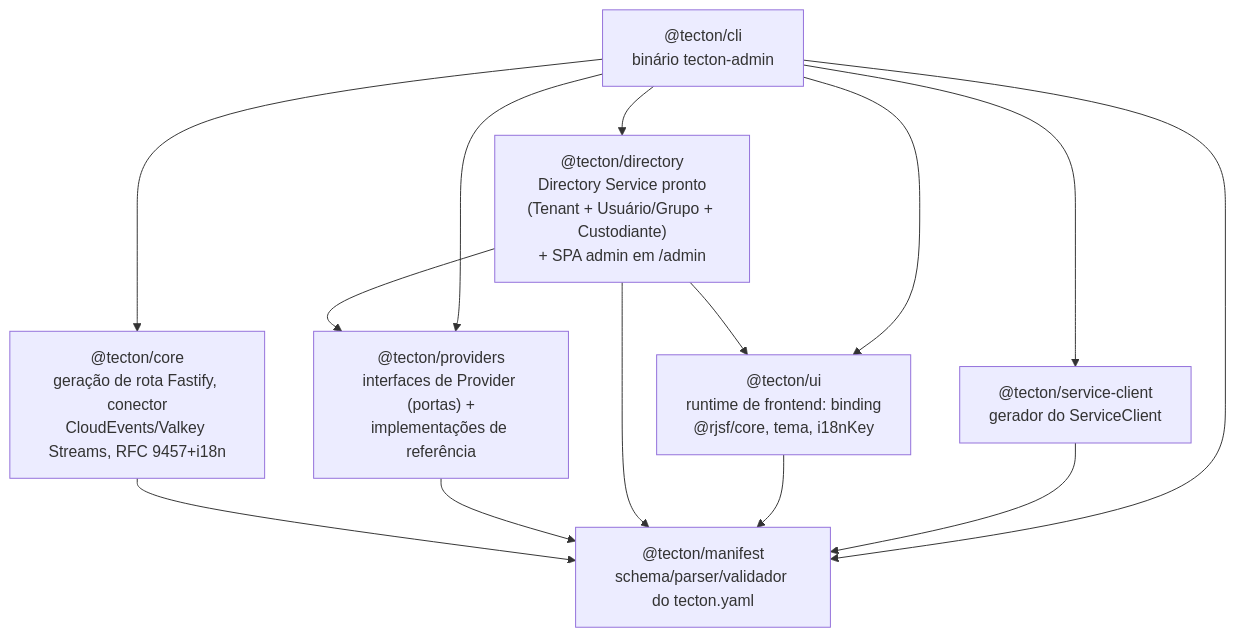
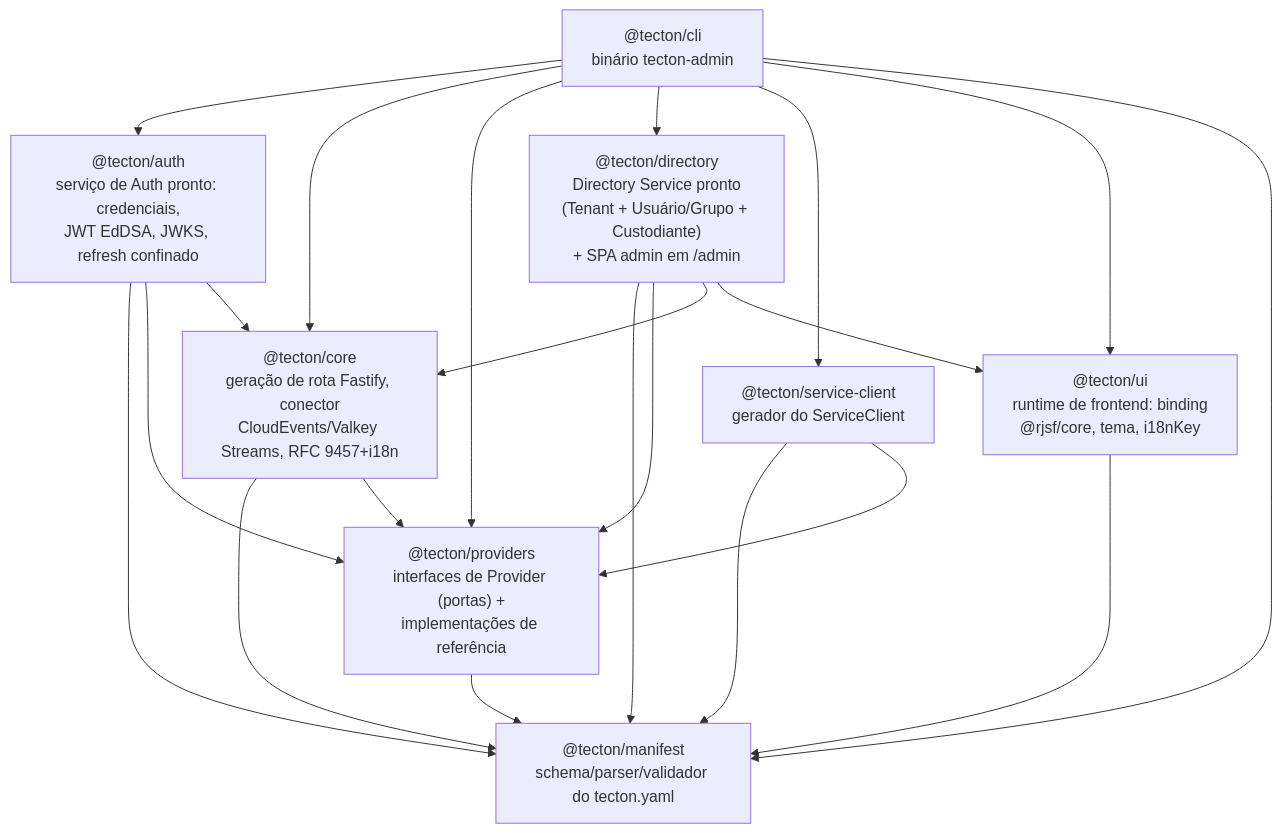
The first of 8 diagrams in _bmad-output/planning-artifacts/architecture/architecture-Tecton-2026-08-28/UML.md (rvavretchek/tecton), drawn with Mermaid before and after one commit. The commit also changed other lines of this file and 12 other files, not shown here.

````diff
--- a/_bmad-output/planning-artifacts/architecture/architecture-Tecton-2026-08-28/UML.md
+++ b/_bmad-output/planning-artifacts/architecture/architecture-Tecton-2026-08-28/UML.md
@@ -17,24 +17,32 @@
 ```mermaid
 graph TD
     manifest["@tecton/manifest<br/>schema/parser/validador do tecton.yaml"]
     core["@tecton/core<br/>geração de rota Fastify, conector<br/>CloudEvents/Valkey Streams, RFC 9457+i18n"]
     providers["@tecton/providers<br/>interfaces de Provider (portas) +<br/>implementações de referência"]
     directory["@tecton/directory<br/>Directory Service pronto<br/>(Tenant + Usuário/Grupo + Custodiante)<br/>+ SPA admin em /admin"]
     serviceClient["@tecton/service-client<br/>gerador do ServiceClient"]
     ui["@tecton/ui<br/>runtime de frontend: binding<br/>@rjsf/core, tema, i18nKey"]
+    auth["@tecton/auth<br/>serviço de Auth pronto: credenciais,<br/>JWT EdDSA, JWKS, refresh confinado"]
     cli["@tecton/cli<br/>binário tecton-admin"]
 
     core --> manifest
+    core --> providers
     providers --> manifest
     directory --> manifest
     directory --> providers
+    directory --> core
     ui --> manifest
     directory --> ui
     serviceClient --> manifest
+    serviceClient --> providers
+    auth --> manifest
+    auth --> providers
+    auth --> core
+    cli --> auth
     cli --> core
     cli --> providers
     cli --> directory
     cli --> serviceClient
     cli --> ui
     cli --> manifest
 ```
````
